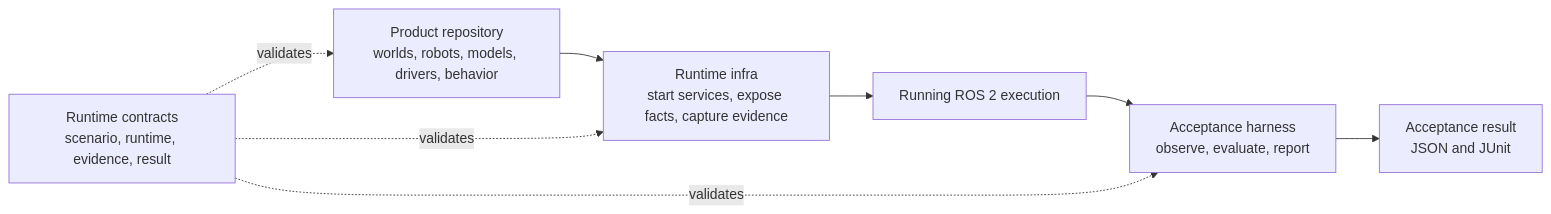
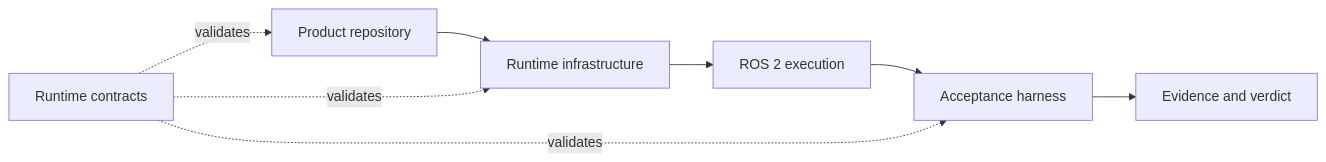
Before and after one commit to mmkolpakov/robotics-runtime-contracts: the diagram in README.md, drawn with Mermaid. The commit also changed other lines of this file and 128 other files, not shown here.

````diff
--- a/README.md
+++ b/README.md
@@ -25,14 +15,10 @@
 ```mermaid
 flowchart LR
-    product["Product repository<br/>worlds, robots, models, drivers, behavior"]
-    infra["Runtime infra<br/>start services, expose facts, capture evidence"]
-    execution["Running ROS 2 execution"]
-    harness["Acceptance harness<br/>observe, evaluate, report"]
-    result["Acceptance result<br/>JSON and JUnit"]
-    contracts["Runtime contracts<br/>scenario, runtime, evidence, result"]
-
-    product --> infra --> execution --> harness --> result
-    contracts -. validates .-> product
+    product["Product repository"] --> infra["Runtime infrastructure"]
+    infra --> execution["ROS 2 execution"]
+    execution --> harness["Acceptance harness"]
+    harness --> evidence["Evidence and verdict"]
+    contracts["Runtime contracts"] -. validates .-> product
     contracts -. validates .-> infra
     contracts -. validates .-> harness
 ```
````
